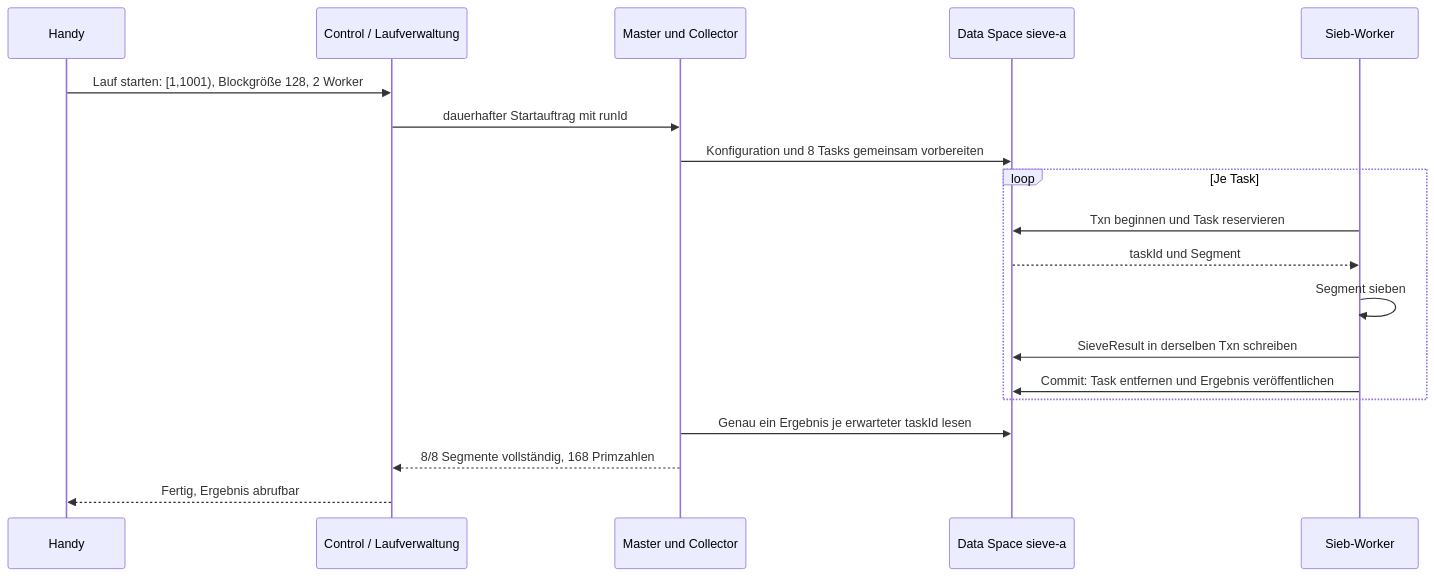
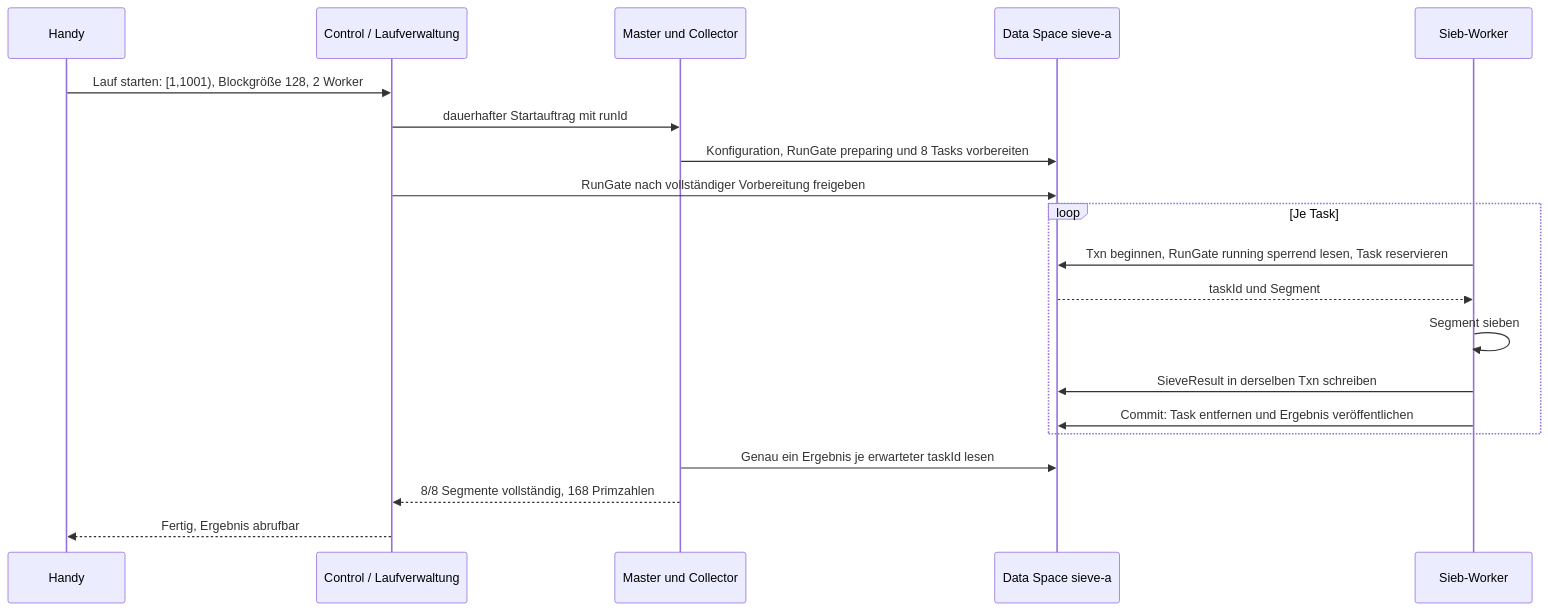
One commit to jeamy/phi-space changed the third of 3 diagrams in docs/betrieb-und-mobile-steuerung.md. Above: the diagram before and after it, drawn with Mermaid. The commit also changed other lines of this file and 2 other files, not shown here.

````diff
--- a/docs/betrieb-und-mobile-steuerung.md
+++ b/docs/betrieb-und-mobile-steuerung.md
@@ -331,21 +354,22 @@
 ```mermaid
 sequenceDiagram
   participant H as Handy
   participant C as Control / Laufverwaltung
   participant M as Master und Collector
   participant S as Data Space sieve-a
   participant W as Sieb-Worker
   H->>C: Lauf starten: [1,1001), Blockgröße 128, 2 Worker
   C->>M: dauerhafter Startauftrag mit runId
-  M->>S: Konfiguration und 8 Tasks gemeinsam vorbereiten
+  M->>S: Konfiguration, RunGate preparing und 8 Tasks vorbereiten
+  C->>S: RunGate nach vollständiger Vorbereitung freigeben
   loop Je Task
-    W->>S: Txn beginnen und Task reservieren
+    W->>S: Txn beginnen, RunGate running sperrend lesen, Task reservieren
     S-->>W: taskId und Segment
     W->>W: Segment sieben
     W->>S: SieveResult in derselben Txn schreiben
     W->>S: Commit: Task entfernen und Ergebnis veröffentlichen
   end
   M->>S: Genau ein Ergebnis je erwarteter taskId lesen
   M-->>C: 8/8 Segmente vollständig, 168 Primzahlen
   C-->>H: Fertig, Ergebnis abrufbar
 ```
````
